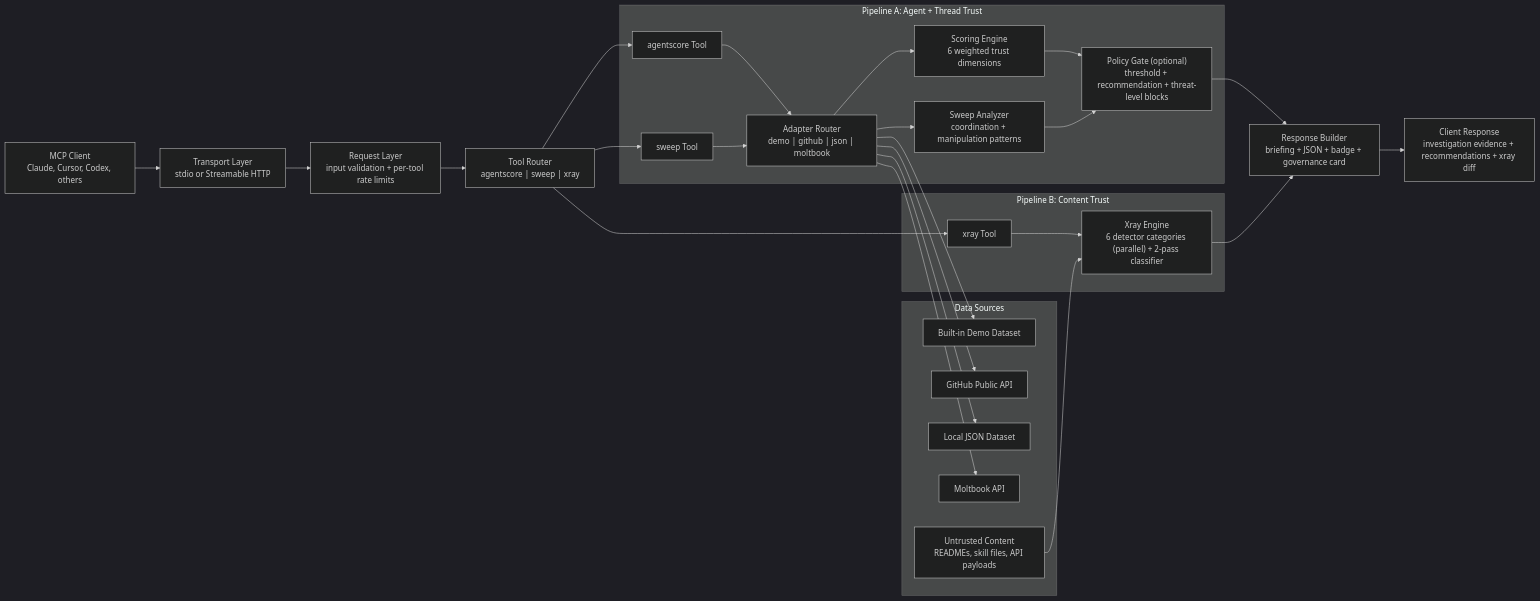
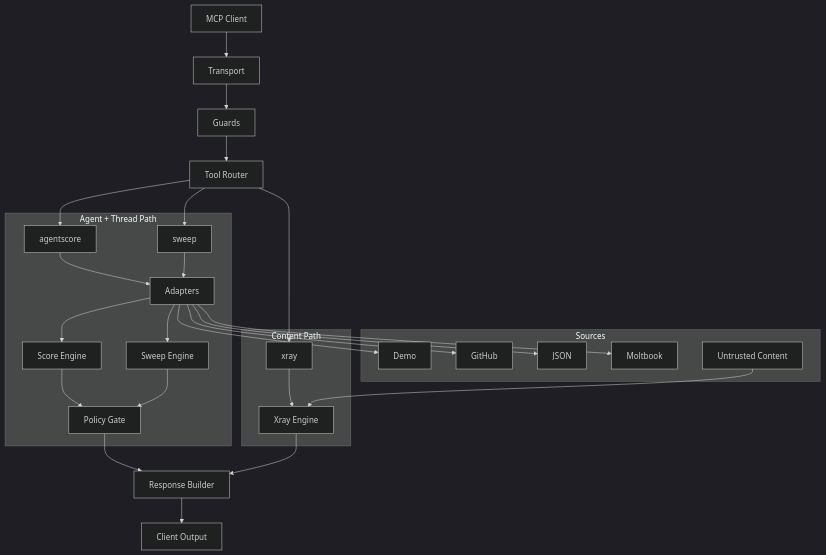
Before and after one commit to tmishra-sp/agentscore-mcp: the diagram in README.md, drawn with Mermaid (dark theme). The commit also changed other lines of this file, not shown here.

Commit message:
updated readme (#27)

````diff
--- a/README.md
+++ b/README.md
@@ -605,51 +605,51 @@
 ```mermaid
-flowchart LR
-  A["MCP Client<br/>Claude, Cursor, Codex, others"] --> B["Transport Layer<br/>stdio or Streamable HTTP"]
-  B --> C["Request Layer<br/>input validation + per-tool rate limits"]
-  C --> D["Tool Router<br/>agentscore | sweep | xray"]
+flowchart TB
+  A["MCP Client"] --> B["Transport"]
+  B --> C["Guards"]
+  C --> D["Tool Router"]
 
-  subgraph TRUST["Pipeline A: Agent + Thread Trust"]
-    E["agentscore Tool"]
-    F["sweep Tool"]
-    G["Adapter Router<br/>demo | github | json | moltbook"]
-    H["Scoring Engine<br/>6 weighted trust dimensions"]
-    I["Sweep Analyzer<br/>coordination + manipulation patterns"]
-    J["Policy Gate (optional)<br/>threshold + recommendation + threat-level blocks"]
+  subgraph T["Agent + Thread Path"]
+    E["agentscore"]
+    F["sweep"]
+    G["Adapters"]
+    H["Score Engine"]
+    I["Sweep Engine"]
+    J["Policy Gate"]
   end
 
-  subgraph XRAY["Pipeline B: Content Trust"]
-    K["xray Tool"]
-    L["Xray Engine<br/>6 detector categories (parallel) + 2-pass classifier"]
+  subgraph X["Content Path"]
+    K["xray"]
+    L["Xray Engine"]
   end
 
-  subgraph DATA["Data Sources"]
-    M["Built-in Demo Dataset"]
-    N["GitHub Public API"]
-    O["Local JSON Dataset"]
-    P["Moltbook API"]
-    Q["Untrusted Content<br/>READMEs, skill files, API payloads"]
+  subgraph S["Sources"]
+    M["Demo"]
+    N["GitHub"]
+    O["JSON"]
+    P["Moltbook"]
+    Q["Untrusted Content"]
   end
 
   D --> E
   D --> F
   D --> K
 
   E --> G
   F --> G
   G --> H
   G --> I
   H --> J
   I --> J
 
-  K --> L
-
   G --> M
   G --> N
   G --> O
   G --> P
+
+  K --> L
   Q --> L
 
-  J --> R["Response Builder<br/>briefing + JSON + badge + governance card"]
+  J --> R["Response Builder"]
   L --> R
-  R --> S["Client Response<br/>investigation evidence + recommendations + xray diff"]
+  R --> U["Client Output"]
 ```
````
